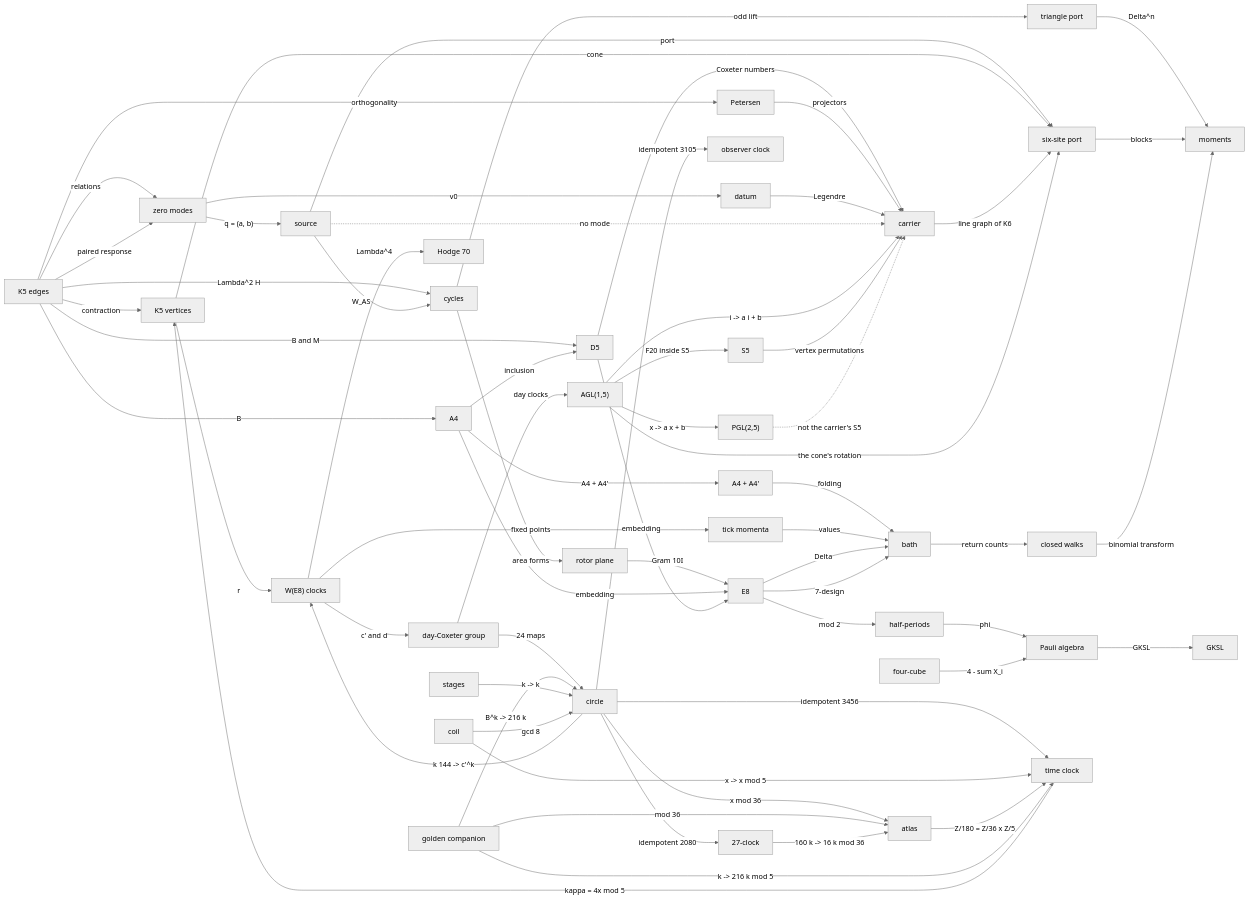
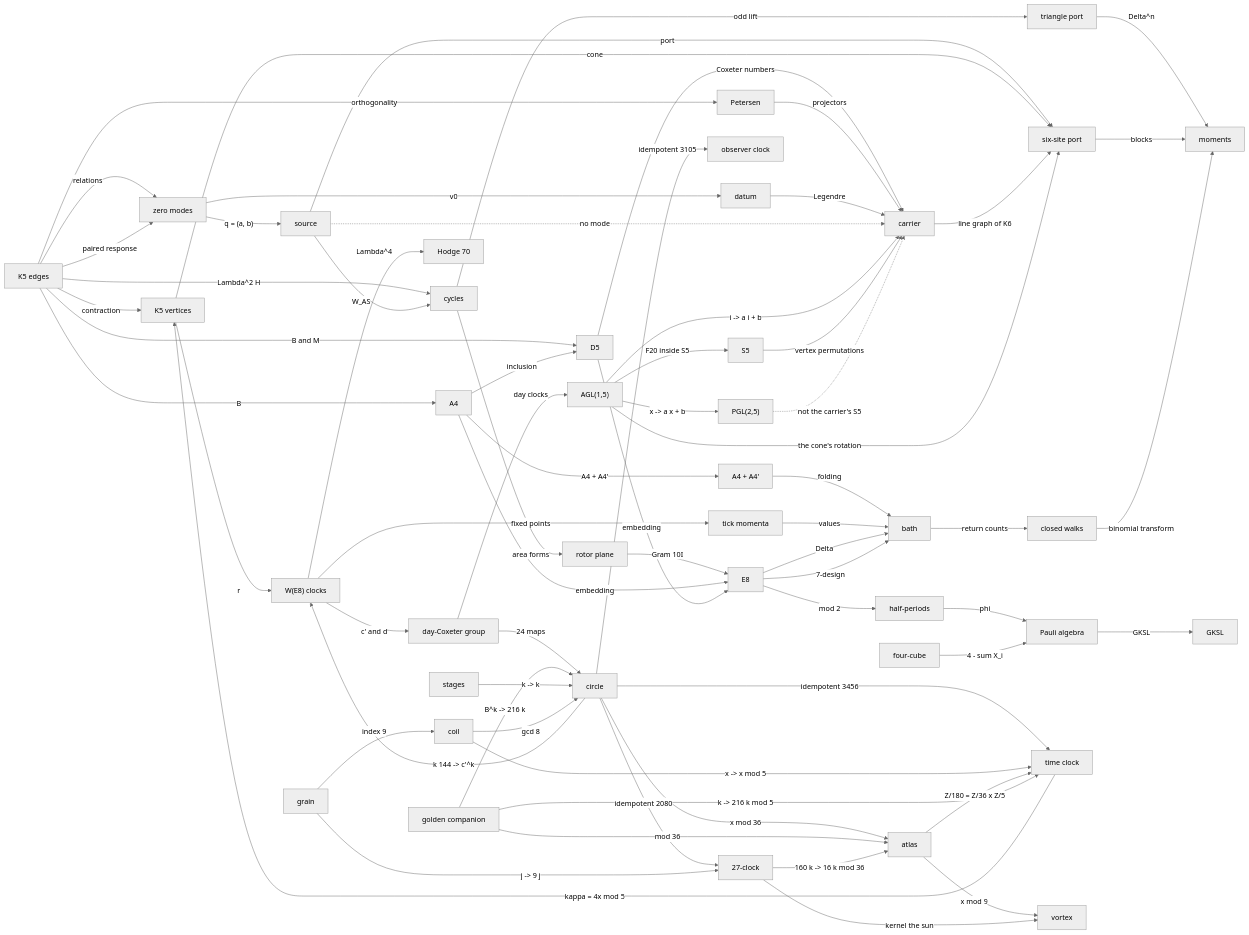
One commit to sachinkaria24-byte/OES changed the diagram in docs/DOTS.md. Above: the diagram before and after it, drawn with Mermaid (neutral theme). The commit also changed other lines of this file and 10 other files, not shown here.

First line of the commit message:
Drive check 23:44: the grain, the vortex, the shift law

````diff
--- a/docs/DOTS.md
+++ b/docs/DOTS.md
@@ -41,6 +41,8 @@
     coil["coil"]
     S5["S5"]
     pgl["PGL(2,5)"]
+    grain["grain"]
+    vortex["vortex"]
     E -->|"B"| A4
     E -->|"B and M"| D5
     A4 -->|"inclusion"| D5
@@ -103,4 +105,8 @@
     AGL -->|"x -> a x + b"| pgl
     pgl -.->|"not the carrier's S5"| carrier
     AGL -->|"the cone's rotation"| sixsite
+    grain -->|"index 9"| coil
+    grain -->|"j -> 9 j"| c27
+    atlas -->|"x mod 9"| vortex
+    c27 -->|"kernel the sun"| vortex
 ```
````
